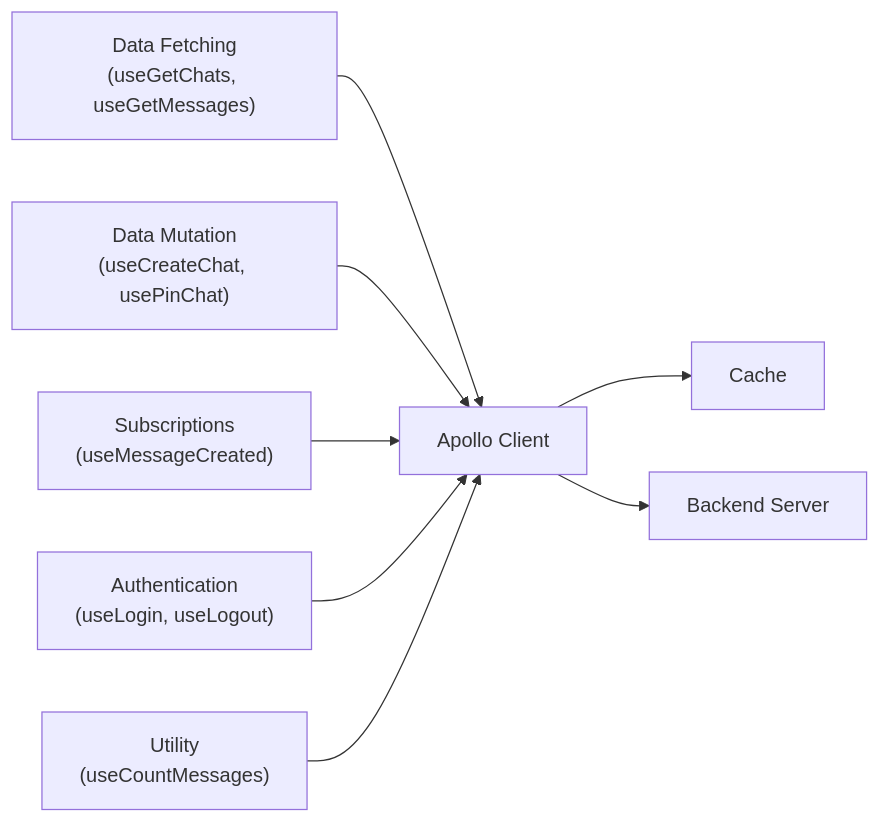
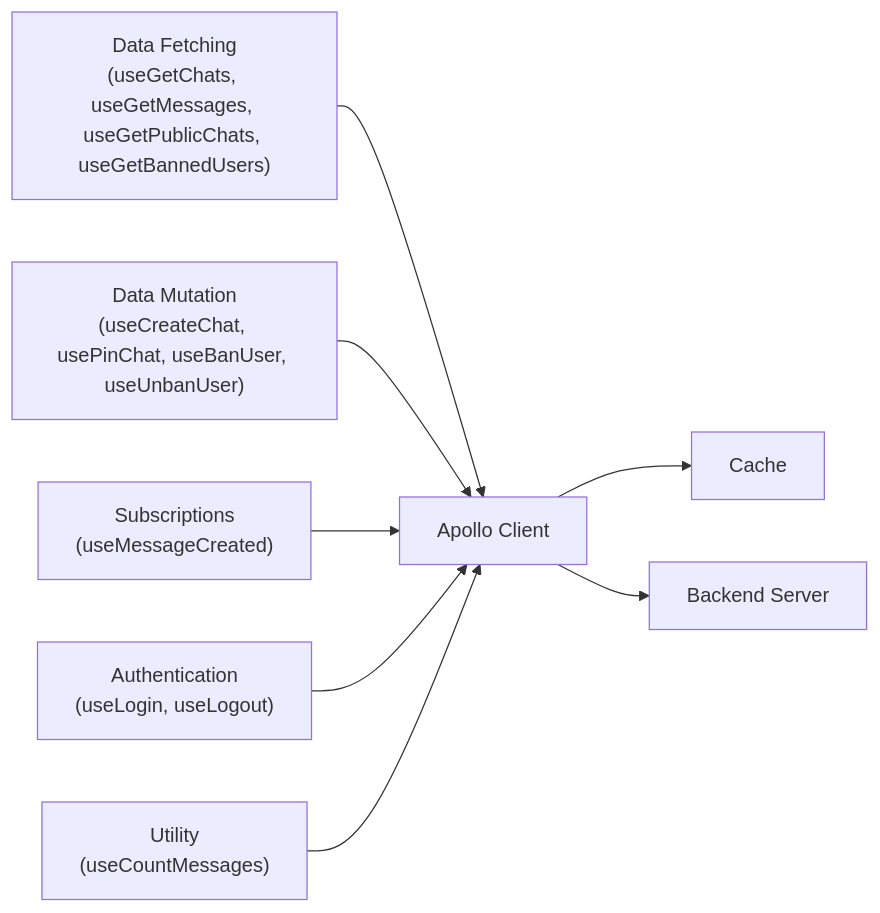
Before and after one commit to aniketdebnath/apollo-chat: the first of 2 diagrams in docs/frontend/hooks.md, drawn with Mermaid. The commit also changed other lines of this file and 46 other files, not shown here.

Commit message:
ban/unban users implementend in chats-backend, gql schema changed, hooks and components for ban/unban added to frontend, useGetChat cache updated to cache-and-network, docs updated,mobile ui for cookie-consent polished, Chat/ChatInfo component refactored

````diff
--- a/docs/frontend/hooks.md
+++ b/docs/frontend/hooks.md
@@ -9,17 +9,17 @@
 ```mermaid
 graph LR
-    DataFetching["Data Fetching<br/>(useGetChats, useGetMessages)"]
-    DataMutation["Data Mutation<br/>(useCreateChat, usePinChat)"]
+    DataFetching["Data Fetching<br/>(useGetChats, useGetMessages, useGetPublicChats, useGetBannedUsers)"]
+    DataMutation["Data Mutation<br/>(useCreateChat, usePinChat, useBanUser, useUnbanUser)"]
     Subscription["Subscriptions<br/>(useMessageCreated)"]
     Auth["Authentication<br/>(useLogin, useLogout)"]
     Utility["Utility<br/>(useCountMessages)"]
 
     DataFetching --> Apollo["Apollo Client"]
     DataMutation --> Apollo
     Subscription --> Apollo
     Auth --> Apollo
     Utility --> Apollo
 
     Apollo --> Cache["Cache"]
     Apollo --> Server["Backend Server"]
 ```
````
